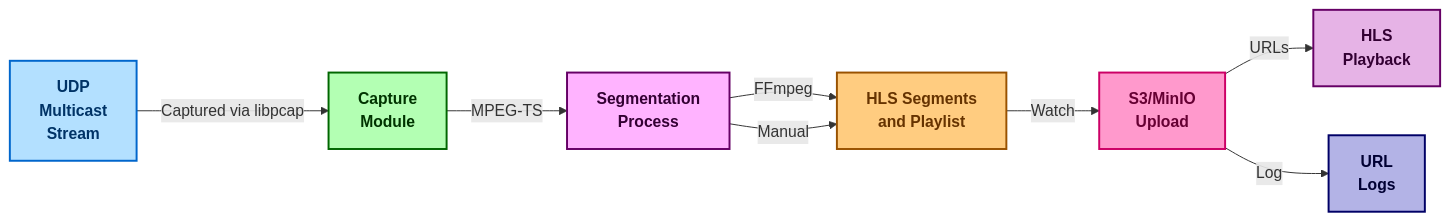
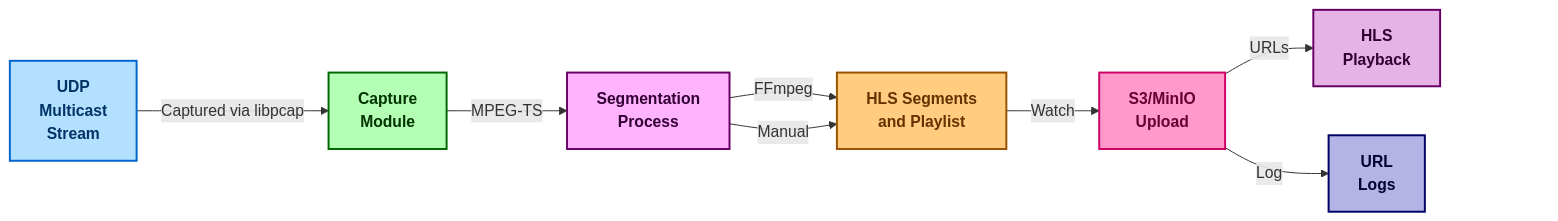
The diagram in README.md (groovybits/mpegts_to_s3), drawn with Mermaid before and after one commit.

Commit message:
readme: Add padding on right side of diagram

````diff
--- a/README.md
+++ b/README.md
@@ -5,18 +5,20 @@
 ```mermaid
 graph LR
     A["UDP<br/>Multicast<br/>Stream"] -->|"Captured via libpcap"| B["Capture<br/>Module"]
     B -->|"MPEG-TS"| C["Segmentation<br/>Process"]
     C -->|"FFmpeg"| D["HLS Segments<br/>and Playlist"]
     C -->|"Manual"| D
     D -->|"Watch"| E["S3/MinIO<br/>Upload"]
     E -->|"URLs"| F["HLS<br/>Playback"]
     E -->|"Log"| G["URL<br/>Logs"]
+    G ~~~ Z[" "]
 
     style A fill:#b3e0ff,stroke:#0066cc,stroke-width:2px,color:#003366,font-weight:bold
     style B fill:#b3ffb3,stroke:#006600,stroke-width:2px,color:#003300,font-weight:bold
     style C fill:#ffb3ff,stroke:#660066,stroke-width:2px,color:#330033,font-weight:bold
     style D fill:#ffcc80,stroke:#995200,stroke-width:2px,color:#663300,font-weight:bold
     style E fill:#ff99cc,stroke:#cc0066,stroke-width:2px,color:#660033,font-weight:bold
     style F fill:#e6b3e6,stroke:#660066,stroke-width:2px,color:#330033,font-weight:bold
     style G fill:#b3b3e6,stroke:#000066,stroke-width:2px,color:#000033,font-weight:bold
+    style Z fill:none,stroke:none,color:transparent
 ```
````
